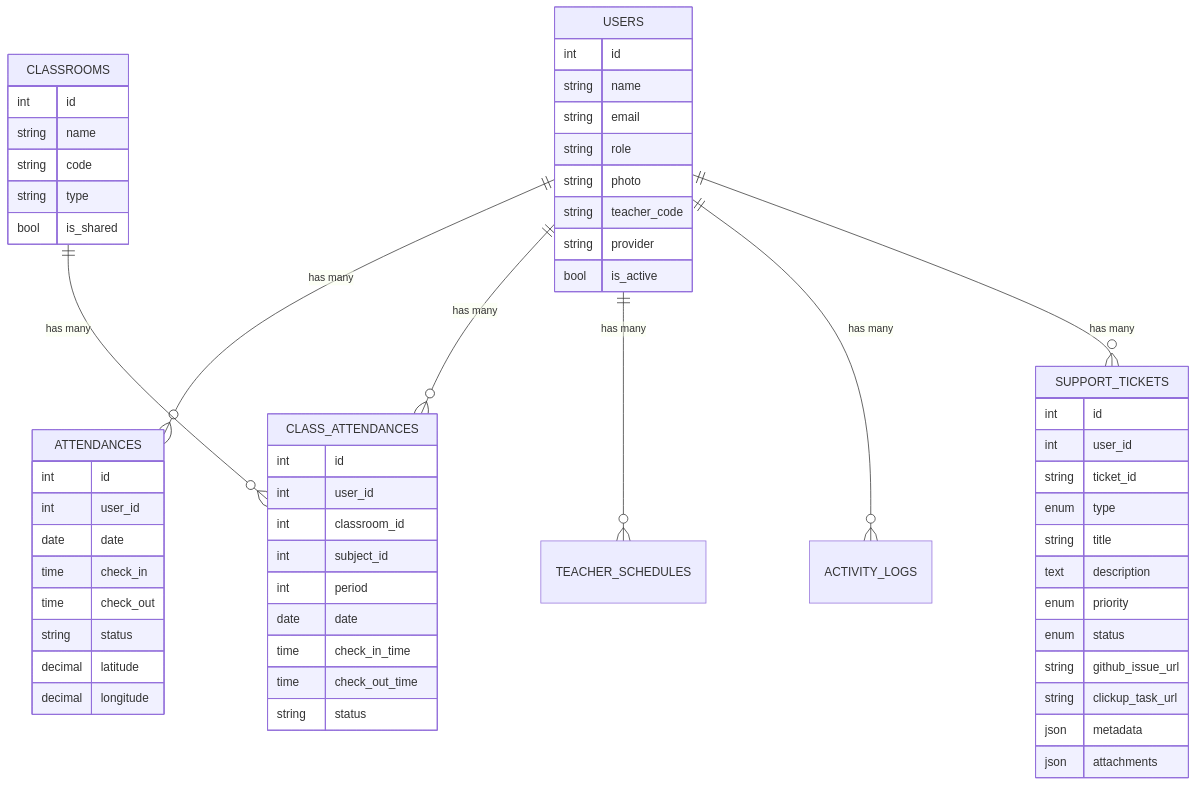
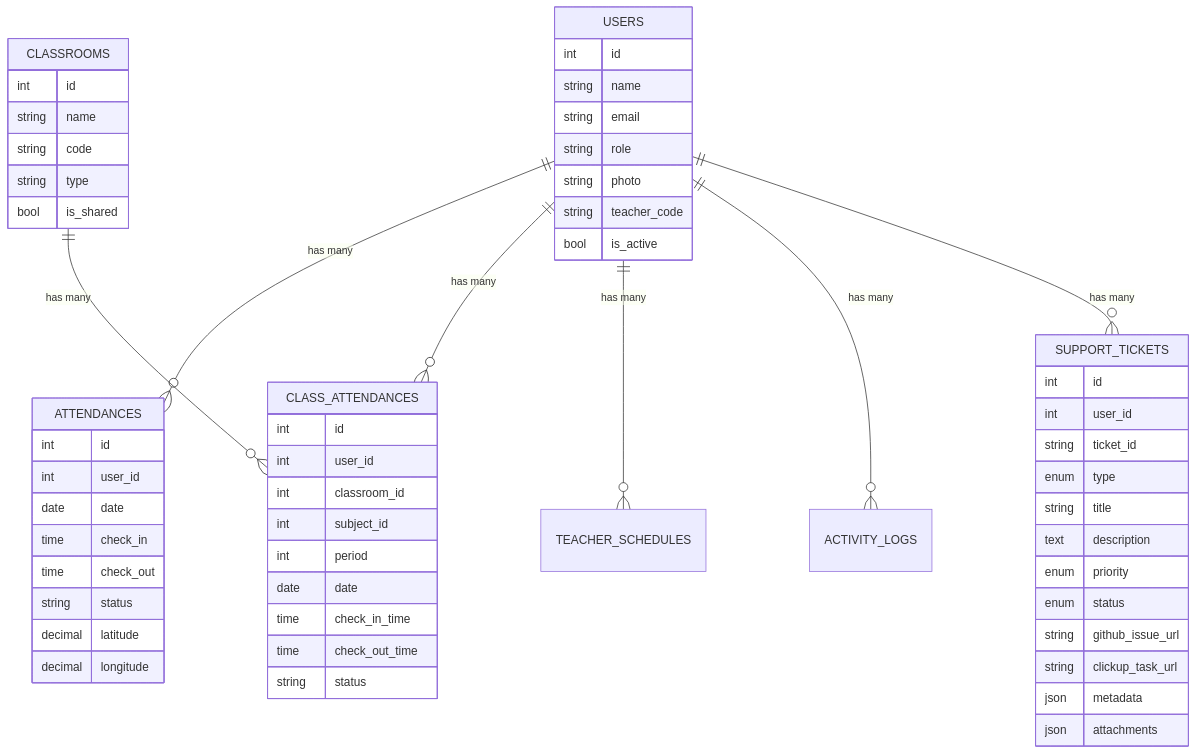
Before and after one commit to vexalyn-dev/presensi-guru-icbct: the first of 3 diagrams in README.md, drawn with Mermaid. The commit also changed other lines of this file and 4 other files, not shown here.

````diff
--- a/README.md
+++ b/README.md
@@ -170,61 +167,60 @@
 ```mermaid
 erDiagram
     USERS ||--o{ ATTENDANCES : "has many"
     USERS ||--o{ CLASS_ATTENDANCES : "has many"
     USERS ||--o{ TEACHER_SCHEDULES : "has many"
     USERS ||--o{ ACTIVITY_LOGS : "has many"
     USERS ||--o{ SUPPORT_TICKETS : "has many"
     USERS {
         int id
         string name
         string email
         string role
         string photo
         string teacher_code
-        string provider
         bool is_active
     }
     ATTENDANCES {
         int id
         int user_id
         date date
         time check_in
         time check_out
         string status
         decimal latitude
         decimal longitude
     }
     CLASS_ATTENDANCES {
         int id
         int user_id
         int classroom_id
         int subject_id
         int period
         date date
         time check_in_time
         time check_out_time
         string status
     }
     SUPPORT_TICKETS {
         int id
         int user_id
         string ticket_id
         enum type
         string title
         text description
         enum priority
         enum status
         string github_issue_url
         string clickup_task_url
         json metadata
         json attachments
     }
     CLASSROOMS ||--o{ CLASS_ATTENDANCES : "has many"
     CLASSROOMS {
         int id
         string name
         string code
         string type
         bool is_shared
     }
 ```
````
